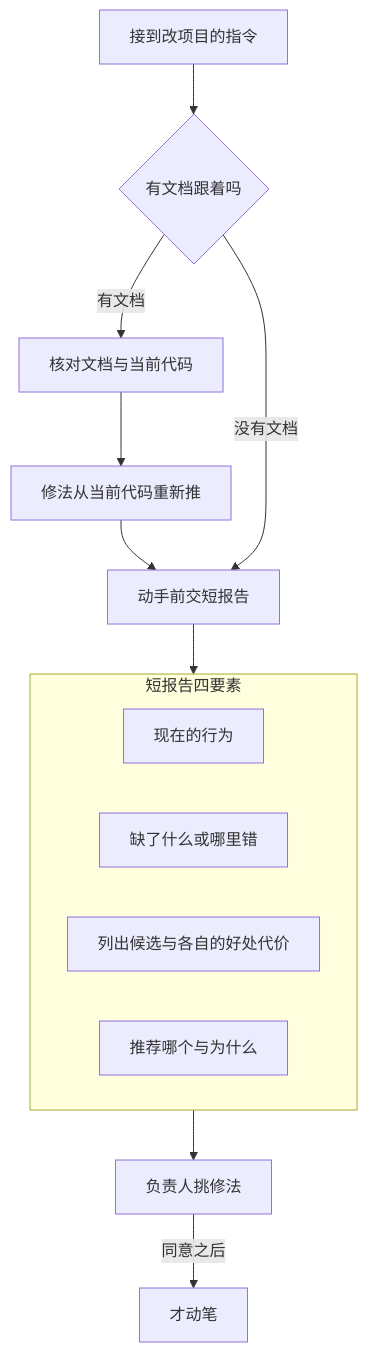
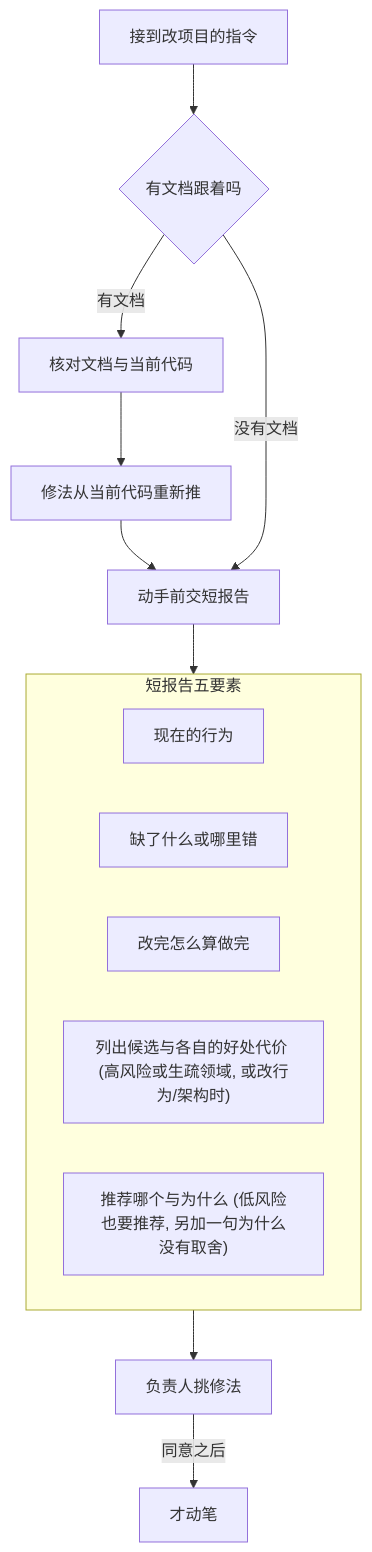
One commit to imknown/AndroidLowLevelDetector changed the second of 3 diagrams in docs/agents-cn/02-工作原则.md. Above: the diagram before and after it, drawn with Mermaid. The commit also changed other lines of this file and 9 other files, not shown here.

````diff
--- a/docs/agents-cn/02-工作原则.md
+++ b/docs/agents-cn/02-工作原则.md
@@ -61,17 +68,18 @@
 ```mermaid
 flowchart TD
     A[接到改项目的指令] --> B{有文档跟着吗}
     B -->|有文档| C[核对文档与当前代码]
     C --> D[修法从当前代码重新推]
     D --> R[动手前交短报告]
     B -->|没有文档| R
-    subgraph REP[短报告四要素]
+    subgraph REP[短报告五要素]
         R1[现在的行为]
         R2[缺了什么或哪里错]
-        R3[列出候选与各自的好处代价]
-        R4[推荐哪个与为什么]
+        R5[改完怎么算做完]
+        R3["列出候选与各自的好处代价 (高风险或生疏领域, 或改行为/架构时)"]
+        R4["推荐哪个与为什么 (低风险也要推荐, 另加一句为什么没有取舍)"]
     end
     R --> REP
     REP --> O[负责人挑修法]
     O -->|同意之后| E[才动笔]
 ```
````
